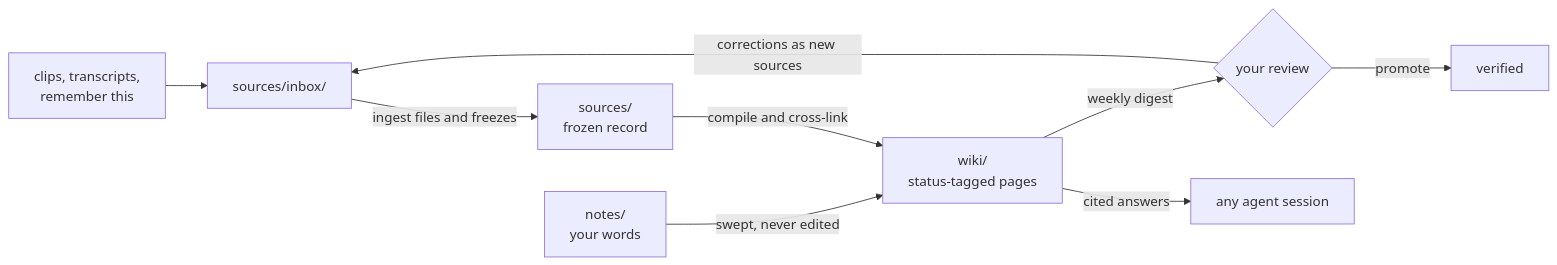
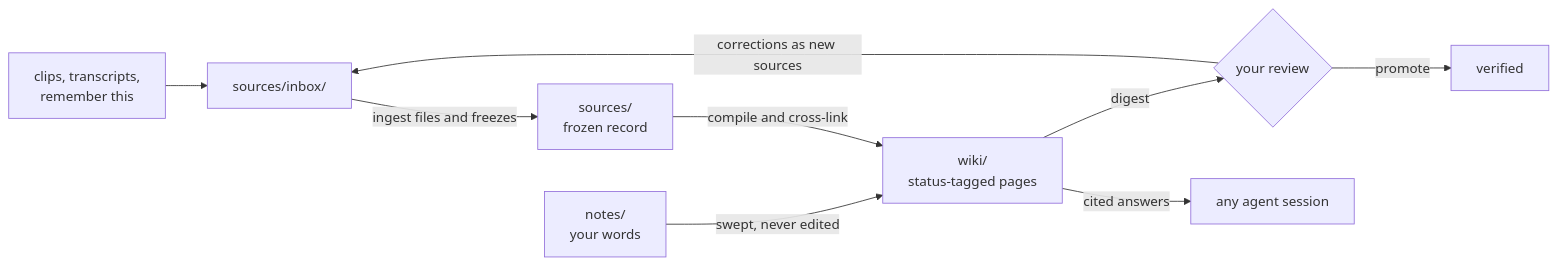
Before and after one commit to AlexHagemeister/exocortex: the diagram in README.md, drawn with Mermaid. The commit also changed other lines of this file and 23 other files, not shown here.

````diff
--- a/README.md
+++ b/README.md
@@ -112,11 +112,11 @@
 ```mermaid
 flowchart LR
     C["clips, transcripts,<br/>remember this"] --> IN["sources/inbox/"]
     IN -->|ingest files and freezes| S["sources/<br/>frozen record"]
     NT["notes/<br/>your words"] -->|swept, never edited| W
     S -->|compile and cross-link| W["wiki/<br/>status-tagged pages"]
-    W -->|weekly digest| RV{your review}
+    W -->|digest| RV{your review}
     RV -->|promote| V[verified]
     RV -->|corrections as new sources| IN
     W -->|cited answers| Q[any agent session]
 ```
````
